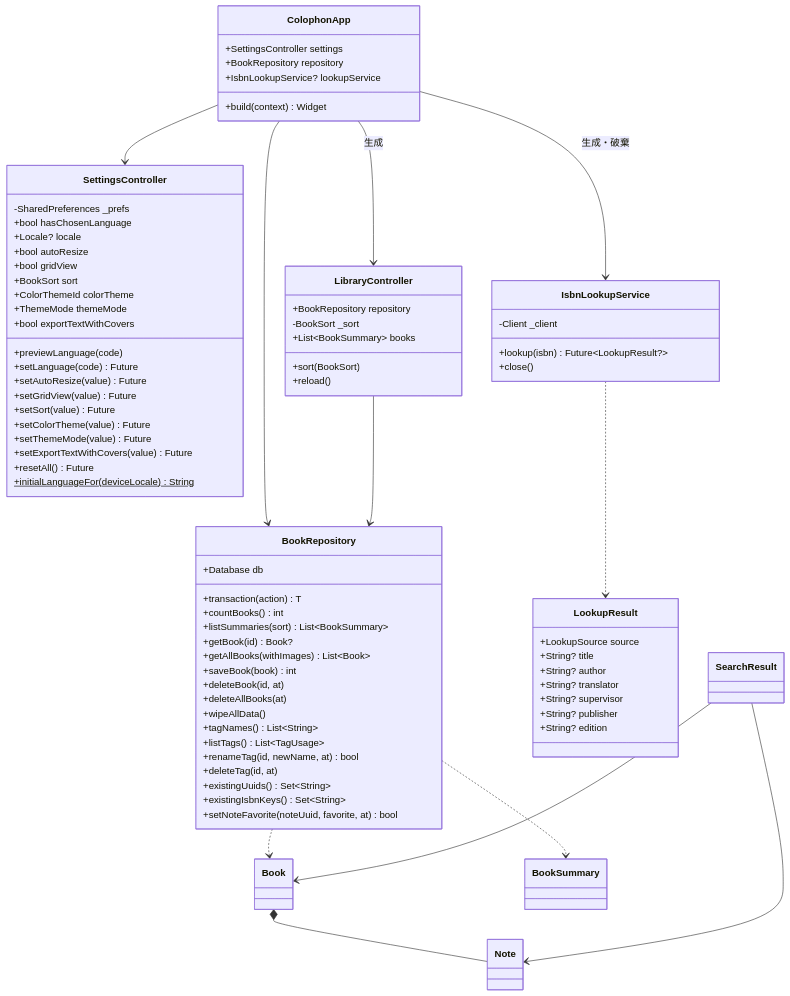
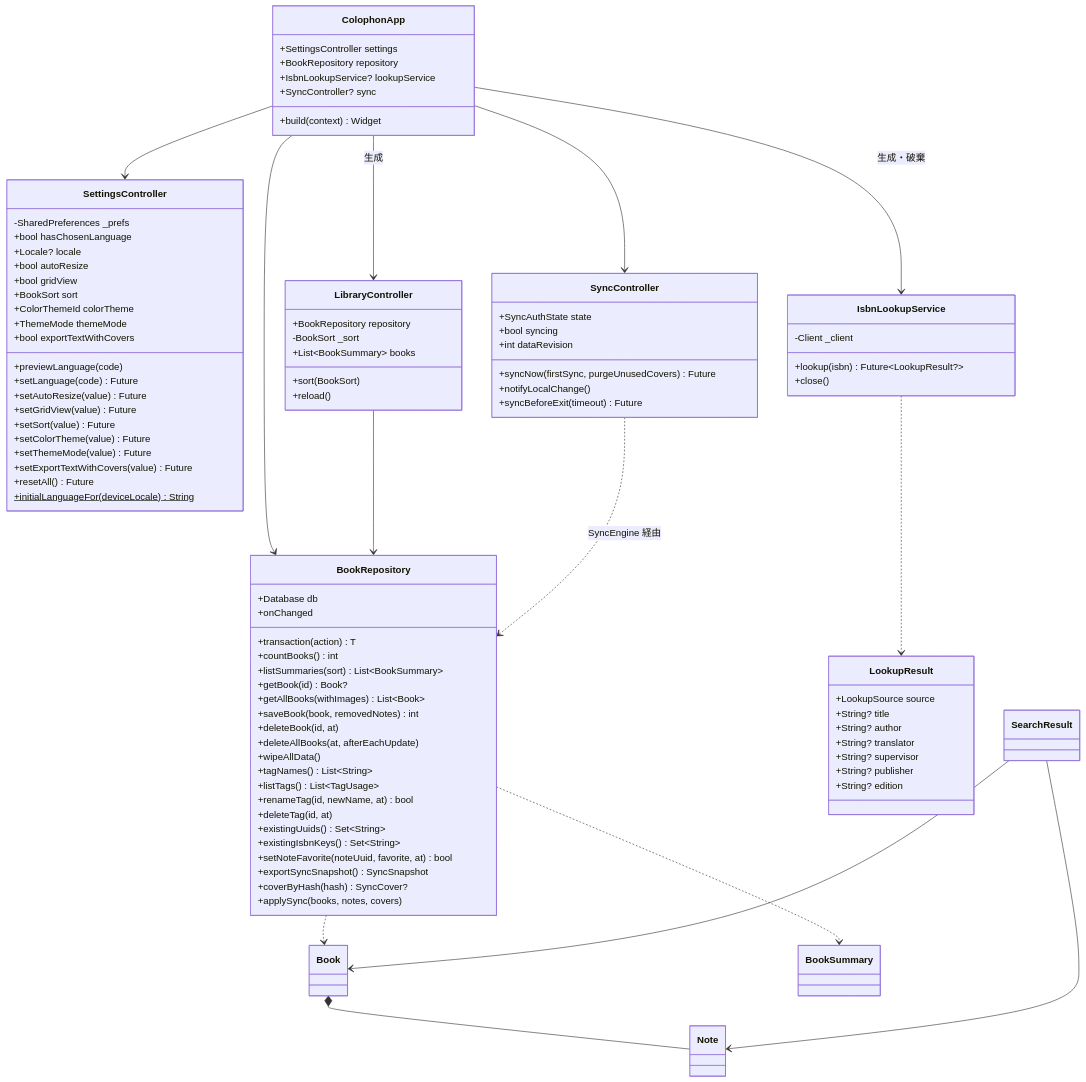
Before and after one commit to colophonbooks/colophon: the second of 13 diagrams in docs/design/detail-design.ja.md, drawn with Mermaid. The commit also changed other lines of this file and 7 other files, not shown here.

```diff
--- a/docs/design/detail-design.ja.md
+++ b/docs/design/detail-design.ja.md
@@ -162,6 +200,7 @@
         +SettingsController settings
         +BookRepository repository
         +IsbnLookupService? lookupService
+        +SyncController? sync
         +build(context) Widget
     }
     class SettingsController {
@@ -194,14 +233,15 @@
     }
     class BookRepository {
         +Database db
+        +onChanged
         +transaction(action) T
         +countBooks() int
         +listSummaries(sort) List~BookSummary~
         +getBook(id) Book?
         +getAllBooks(withImages) List~Book~
-        +saveBook(book) int
+        +saveBook(book, removedNotes) int
         +deleteBook(id, at)
-        +deleteAllBooks(at)
+        +deleteAllBooks(at, afterEachUpdate)
         +wipeAllData()
         +tagNames() List~String~
         +listTags() List~TagUsage~
@@ -210,6 +250,17 @@
         +existingUuids() Set~String~
         +existingIsbnKeys() Set~String~
         +setNoteFavorite(noteUuid, favorite, at) bool
+        +exportSyncSnapshot() SyncSnapshot
+        +coverByHash(hash) SyncCover?
+        +applySync(books, notes, covers)
+    }
+    class SyncController {
+        +SyncAuthState state
+        +bool syncing
+        +int dataRevision
+        +syncNow(firstSync, purgeUnusedCovers) Future
+        +notifyLocalChange()
+        +syncBeforeExit(timeout) Future
     }
     class IsbnLookupService {
         -Client _client
@@ -234,7 +285,9 @@
     ColophonApp --> BookRepository
     ColophonApp --> LibraryController : 生成
     ColophonApp --> IsbnLookupService : 生成・破棄
+    ColophonApp --> SyncController
     LibraryController --> BookRepository
+    SyncController ..> BookRepository : SyncEngine 経由
     BookRepository ..> Book
     BookRepository ..> BookSummary
     Book *-- Note
```
